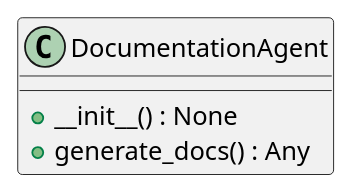
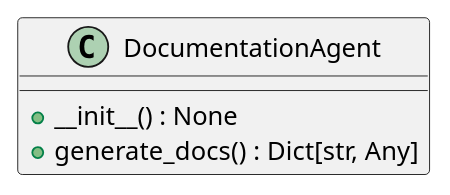
The first of 6 diagrams in openwiki/modules/src/autogen_team/application/agents/documentation_agent.md (lgcorzo/llmops-python-package), drawn with PlantUML before and after one commit. The commit also changed other lines of this file and 155 other files, not shown here.

````diff
--- a/openwiki/modules/src/autogen_team/application/agents/documentation_agent.md
+++ b/openwiki/modules/src/autogen_team/application/agents/documentation_agent.md
@@ -53,8 +62,8 @@
 ```plantuml
 @startuml
     class DocumentationAgent {
         +__init__() : None
-        +generate_docs() : Any
+        +generate_docs() : Dict[str, Any]
     }
 @enduml
 ```
````
